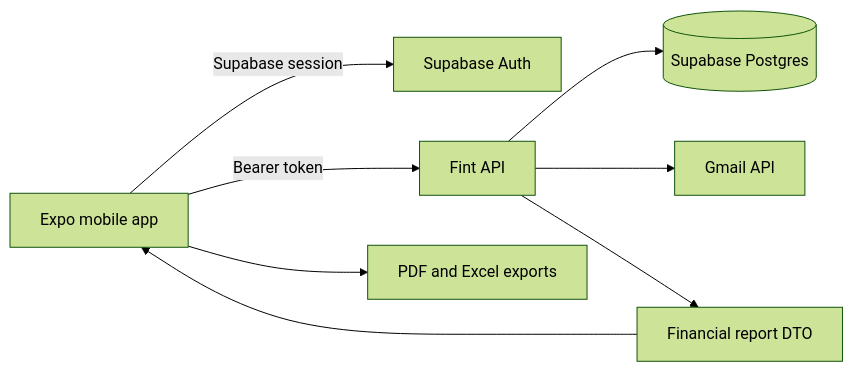
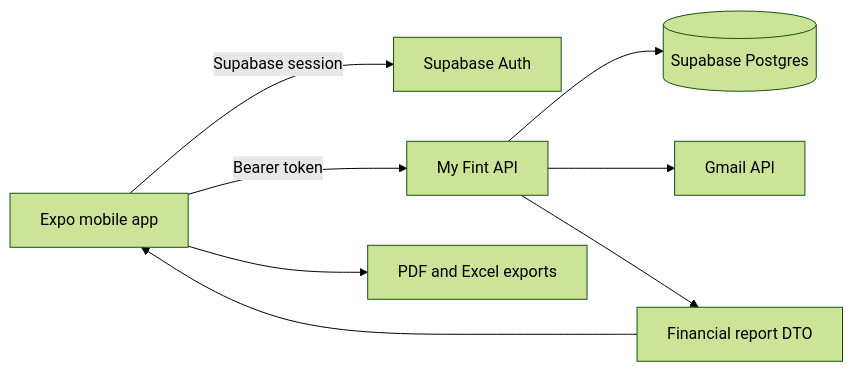
The diagram in README.md (maishet/Fint), drawn with Mermaid (forest theme) before and after one commit. The commit also changed other lines of this file and 16 other files, not shown here.

````diff
--- a/README.md
+++ b/README.md
@@ -48,10 +50,10 @@
 ```mermaid
 flowchart LR
     A[Expo mobile app] -->|Supabase session| B[Supabase Auth]
-    A -->|Bearer token| C[Fint API]
+    A -->|Bearer token| C[My Fint API]
     C --> D[(Supabase Postgres)]
     C --> E[Gmail API]
     C --> F[Financial report DTO]
     F --> A
     A --> G[PDF and Excel exports]
 ```
````
